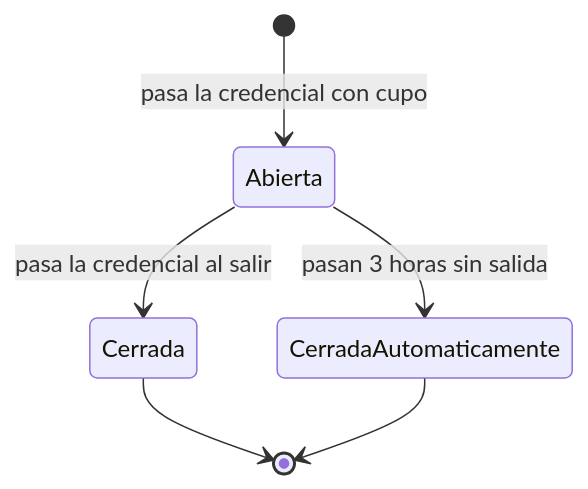
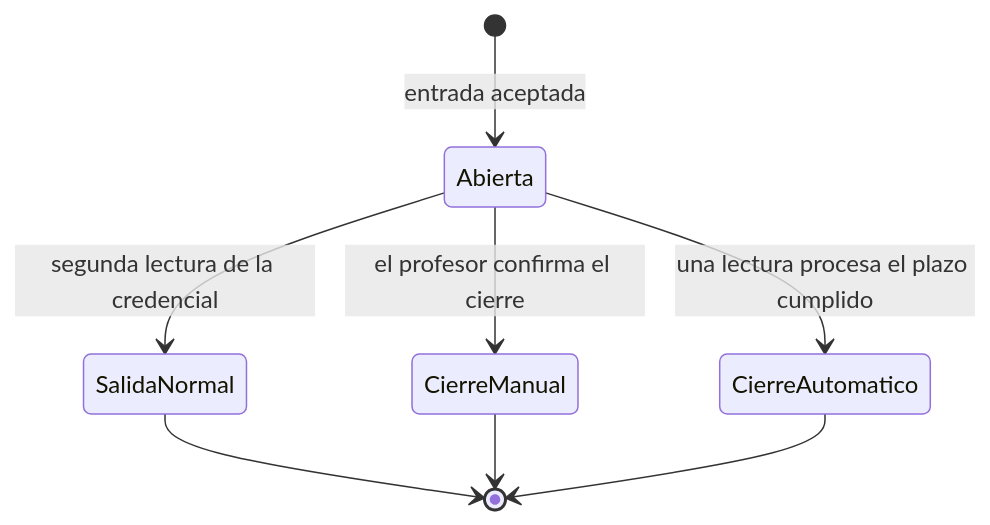
The fifth of 6 diagrams in docs/diagramas.md (vicente-uss/aforofit), drawn with Mermaid before and after one commit. The commit also changed other lines of this file and 1 other file, not shown here.

````diff
--- a/docs/diagramas.md
+++ b/docs/diagramas.md
@@ -297,8 +312,10 @@
 ```mermaid
 stateDiagram-v2
-    [*] --> Abierta: pasa la credencial con cupo
-    Abierta --> Cerrada: pasa la credencial al salir
-    Abierta --> CerradaAutomaticamente: pasan 3 horas sin salida
-    Cerrada --> [*]
-    CerradaAutomaticamente --> [*]
+    [*] --> Abierta: entrada aceptada
+    Abierta --> SalidaNormal: segunda lectura de la credencial
+    Abierta --> CierreManual: el profesor confirma el cierre
+    Abierta --> CierreAutomatico: una lectura procesa el plazo cumplido
+    SalidaNormal --> [*]
+    CierreManual --> [*]
+    CierreAutomatico --> [*]
 ```
````
